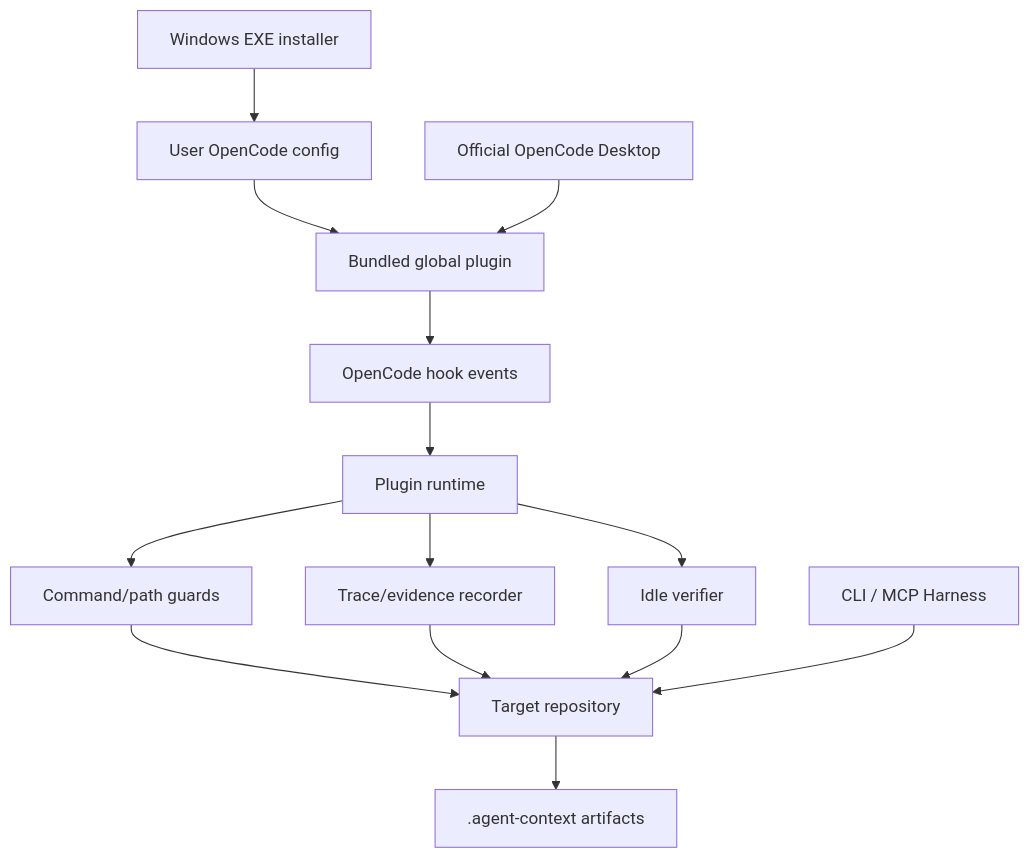
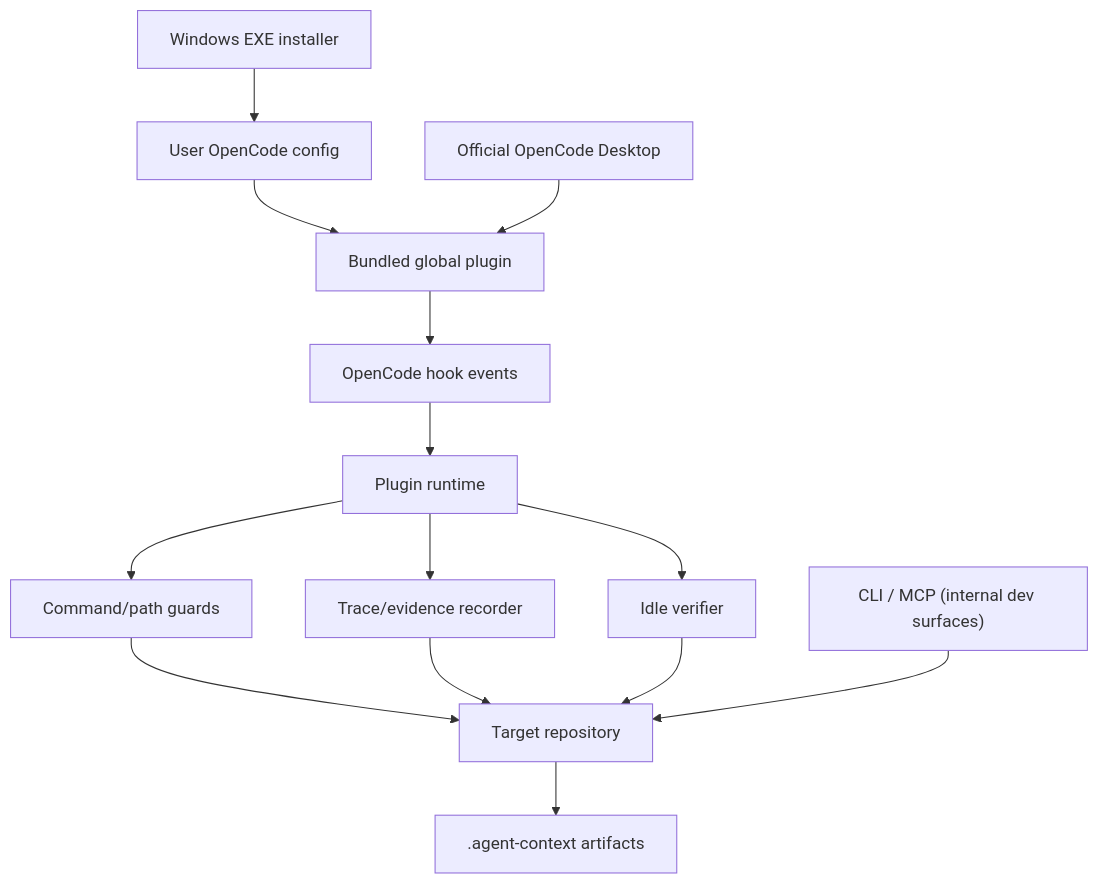
One commit to whut09/Repo-to-Agent-Context changed the diagram in docs/concepts/windows-plugin-architecture.md. Above: the diagram before and after it, drawn with Mermaid. The commit also changed other lines of this file and 1 other file, not shown here.

Commit message:
docs: mark CLI/MCP Harness as internal in plugin architecture

````diff
--- a/docs/concepts/windows-plugin-architecture.md
+++ b/docs/concepts/windows-plugin-architecture.md
@@ -9,16 +9,16 @@
 ```mermaid
 flowchart TD
   EXE["Windows EXE installer"] --> Config["User OpenCode config"]
   Config --> Plugin["Bundled global plugin"]
   Desktop["Official OpenCode Desktop"] --> Plugin
   Plugin --> Hooks["OpenCode hook events"]
   Hooks --> Runtime["Plugin runtime"]
   Runtime --> Guard["Command/path guards"]
   Runtime --> Evidence["Trace/evidence recorder"]
   Runtime --> Idle["Idle verifier"]
   Guard --> Repo["Target repository"]
   Evidence --> Repo
   Idle --> Repo
   Repo --> Artifacts[".agent-context artifacts"]
-  CLI["CLI / MCP Harness"] --> Repo
+  CLI["CLI / MCP (internal dev surfaces)"] --> Repo
 ```
````
